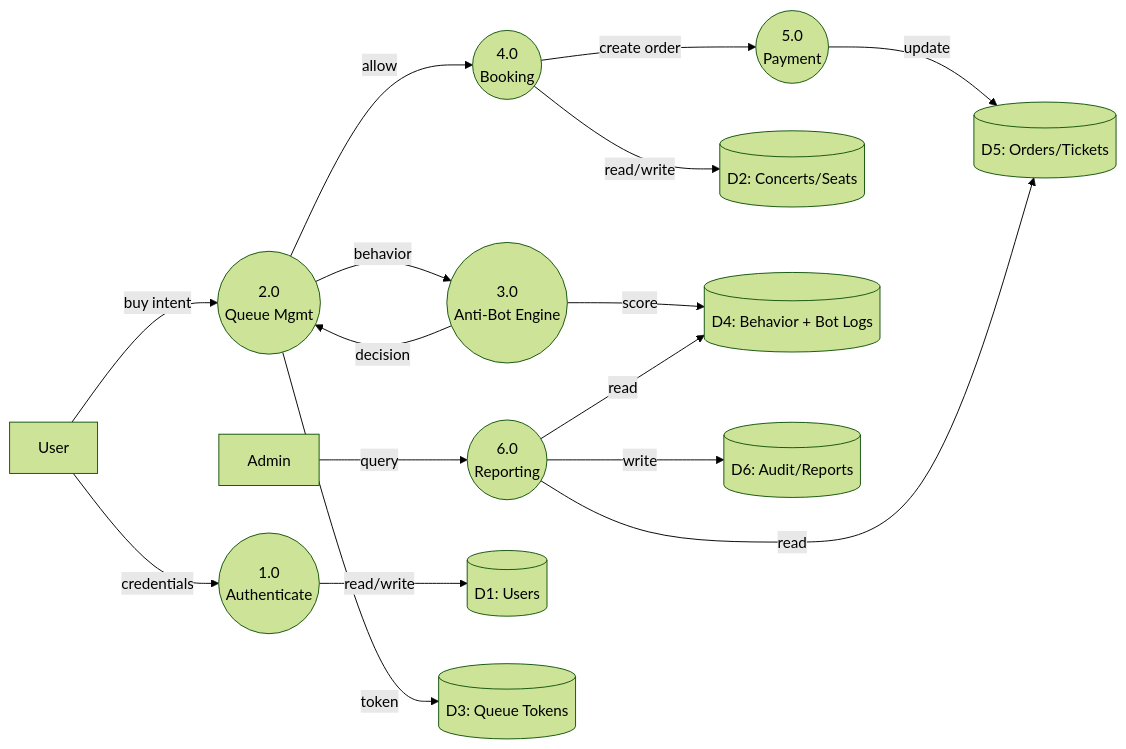
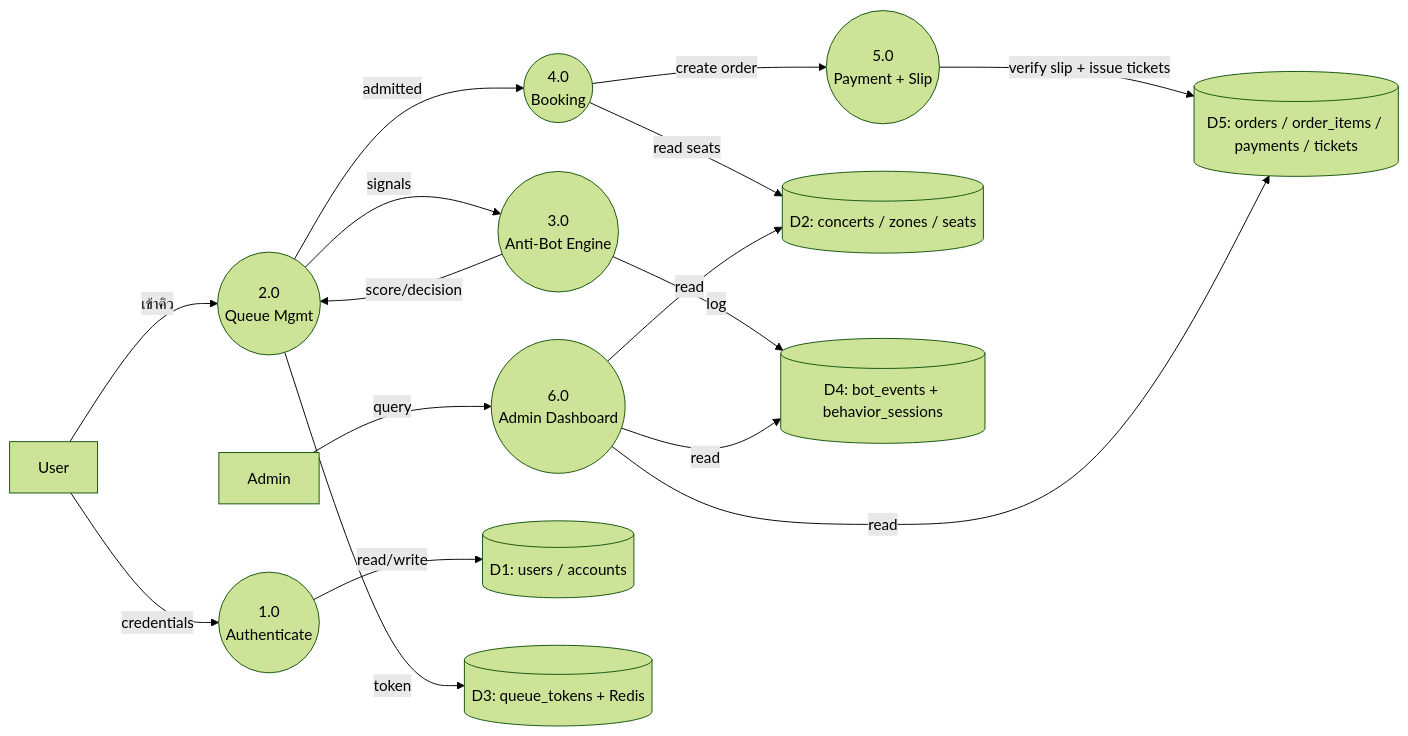
One commit to jakapobrs-oss/concert-antibot changed the fifth of 11 diagrams in docs/05_DIAGRAMS.md. Above: the diagram before and after it, drawn with Mermaid (forest theme). The commit also changed other lines of this file and 6 other files, not shown here.

First line of the commit message:
docs: sync diagrams กับ schema จริง + เพิ่ม ER exports

````diff
--- a/docs/05_DIAGRAMS.md
+++ b/docs/05_DIAGRAMS.md
@@ -167,35 +195,34 @@
 ```mermaid
 flowchart LR
     U[User]
     A[Admin]
 
     P1((1.0<br/>Authenticate))
     P2((2.0<br/>Queue Mgmt))
     P3((3.0<br/>Anti-Bot Engine))
     P4((4.0<br/>Booking))
-    P5((5.0<br/>Payment))
-    P6((6.0<br/>Reporting))
+    P5((5.0<br/>Payment + Slip))
+    P6((6.0<br/>Admin Dashboard))
 
-    D1[(D1: Users)]
-    D2[(D2: Concerts/Seats)]
-    D3[(D3: Queue Tokens)]
-    D4[(D4: Behavior + Bot Logs)]
-    D5[(D5: Orders/Tickets)]
-    D6[(D6: Audit/Reports)]
+    D1[(D1: users / accounts)]
+    D2[(D2: concerts / zones / seats)]
+    D3[(D3: queue_tokens + Redis)]
+    D4[(D4: bot_events + behavior_sessions)]
+    D5[(D5: orders / order_items / payments / tickets)]
 
     U -- credentials --> P1
     P1 -- read/write --> D1
-    U -- buy intent --> P2
+    U -- เข้าคิว --> P2
     P2 -- token --> D3
-    P2 -- behavior --> P3
-    P3 -- score --> D4
-    P3 -- decision --> P2
-    P2 -- allow --> P4
-    P4 -- read/write --> D2
+    P2 -- signals --> P3
+    P3 -- score/decision --> P2
+    P3 -- log --> D4
+    P2 -- admitted --> P4
+    P4 -- read seats --> D2
     P4 -- create order --> P5
-    P5 -- update --> D5
+    P5 -- verify slip + issue tickets --> D5
     A -- query --> P6
     P6 -- read --> D4
     P6 -- read --> D5
-    P6 -- write --> D6
+    P6 -- read --> D2
 ```
````
